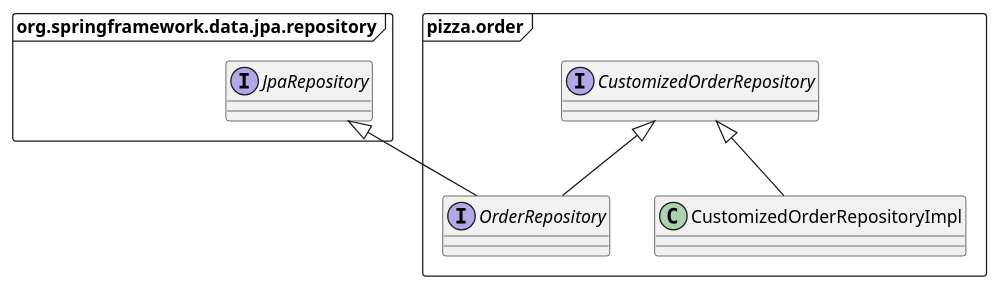
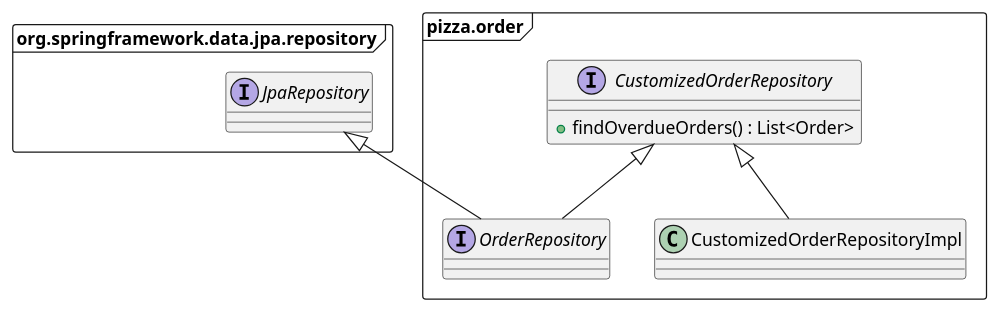
The diagram in doc/customized-repo.puml (codevibe-de/spring-pizza-all), drawn with PlantUML before and after one commit. The commit also changed 2 other files, not shown here.

```diff
--- a/doc/customized-repo.puml
+++ b/doc/customized-repo.puml
@@ -1,25 +1,26 @@
 @startuml
 'https://plantuml.com/class-diagram
 set namespaceSeparator ::
 
 package "org.springframework.data.jpa.repository" <<Frame>> {
     interface JpaRepository {
     }
 }
 
 package "pizza.order" <<Frame>> {
 
     interface CustomizedOrderRepository {
+        +findOverdueOrders() : List<Order>
     }
     class CustomizedOrderRepositoryImpl {
     }
     interface OrderRepository {
     }
 
     OrderRepository -up-|> JpaRepository
     OrderRepository -up-|> CustomizedOrderRepository
     CustomizedOrderRepositoryImpl -up-|> CustomizedOrderRepository
 }
 
 
 @enduml
```
